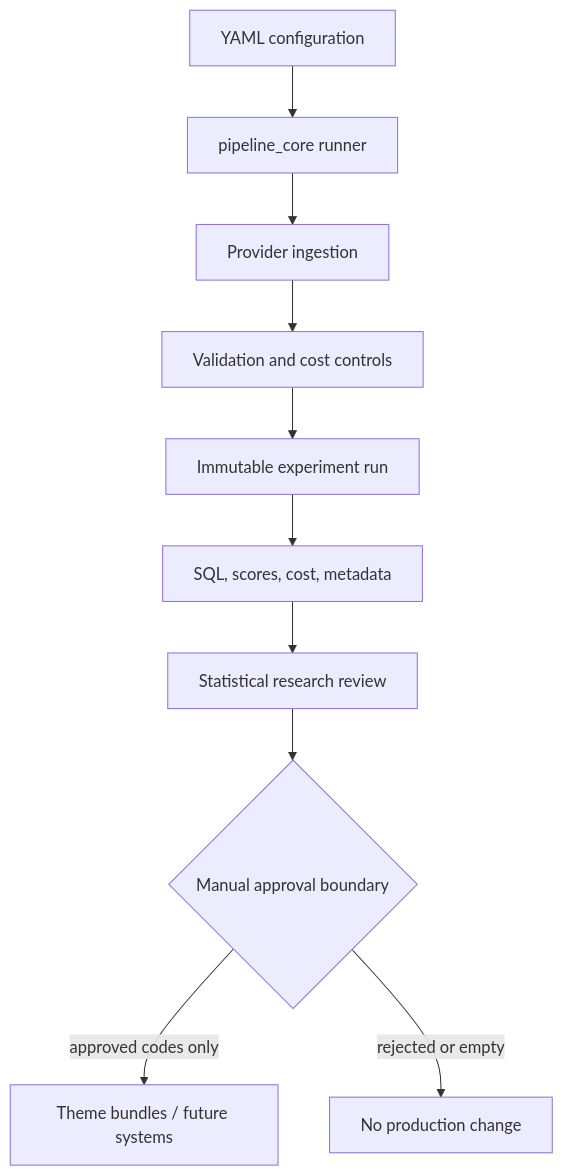
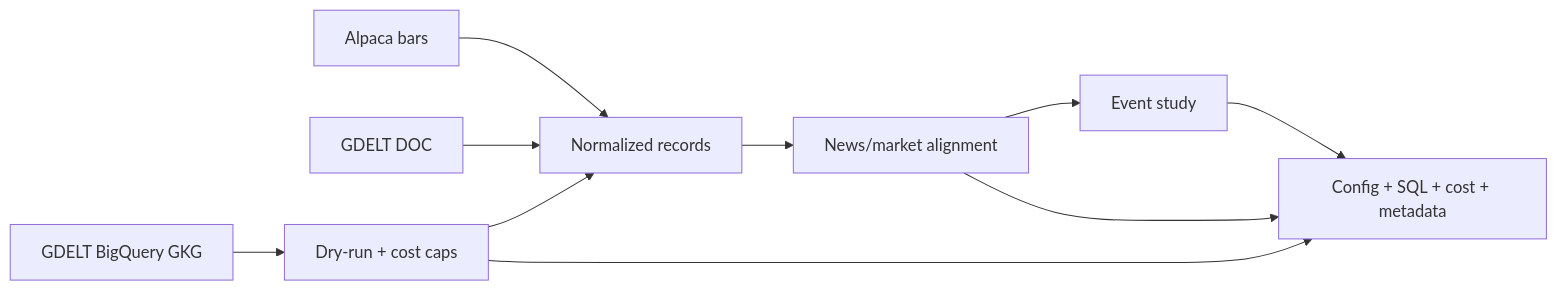
Before and after one commit to KevinXT/kinetic-trading: the diagram in README.md, drawn with Mermaid. The commit also changed other lines of this file and 1 other file, not shown here.

First line of the commit message:
fix(ci): align README contracts with landing-page links

````diff
--- a/README.md
+++ b/README.md
@@ -66,12 +72,12 @@
 ```mermaid
-flowchart TD
-  cfg[YAML configuration] --> runner[pipeline_core runner]
-  runner --> ingest[Provider ingestion]
-  ingest --> gates[Validation and cost controls]
-  gates --> run[Immutable experiment run]
-  run --> arts[SQL, scores, cost, metadata]
-  arts --> review[Statistical research review]
-  review --> boundary{Manual approval boundary}
-  boundary -->|approved codes only| prod[Theme bundles / future systems]
-  boundary -->|rejected or empty| hold[No production change]
+flowchart LR
+  alpaca[Alpaca bars] --> norm[Normalized records]
+  doc[GDELT DOC] --> norm
+  bq[GDELT BigQuery GKG] --> gate[Dry-run + cost caps]
+  gate --> norm
+  norm --> align[News/market alignment]
+  align --> study[Event study]
+  gate --> arts[Config + SQL + cost + metadata]
+  align --> arts
+  study --> arts
 ```
````
